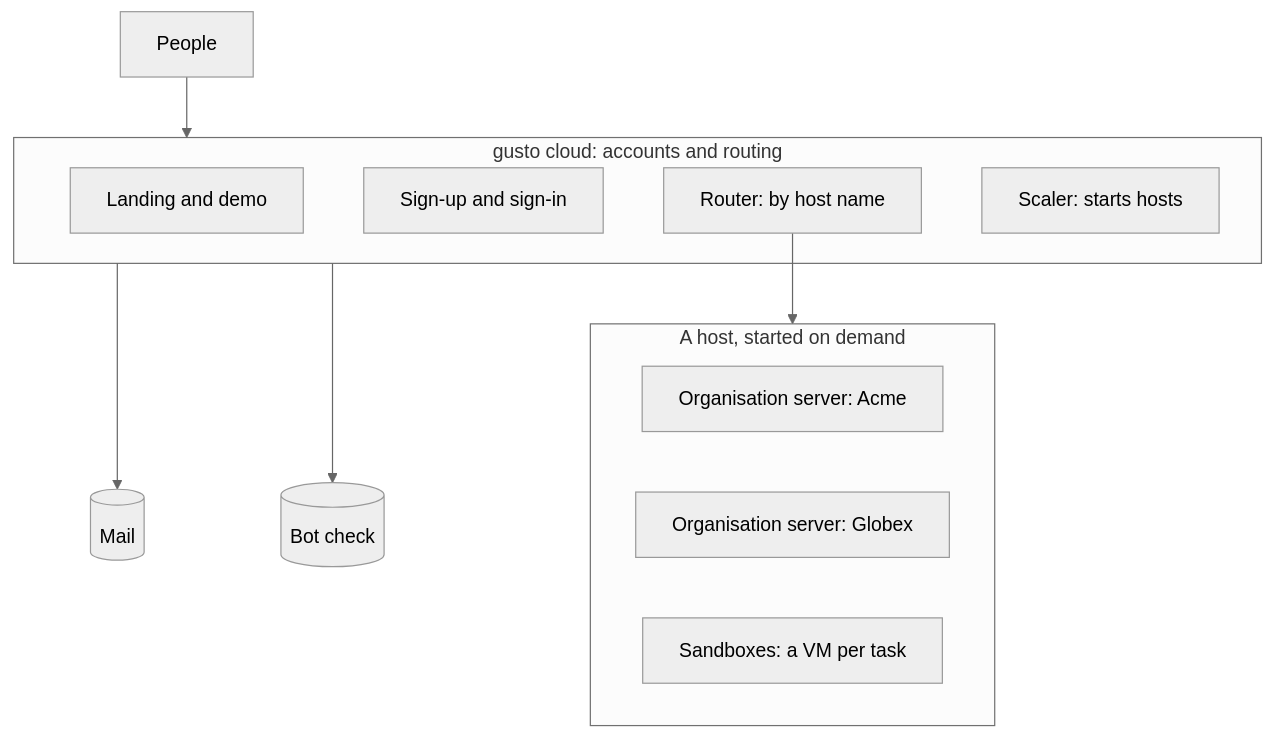
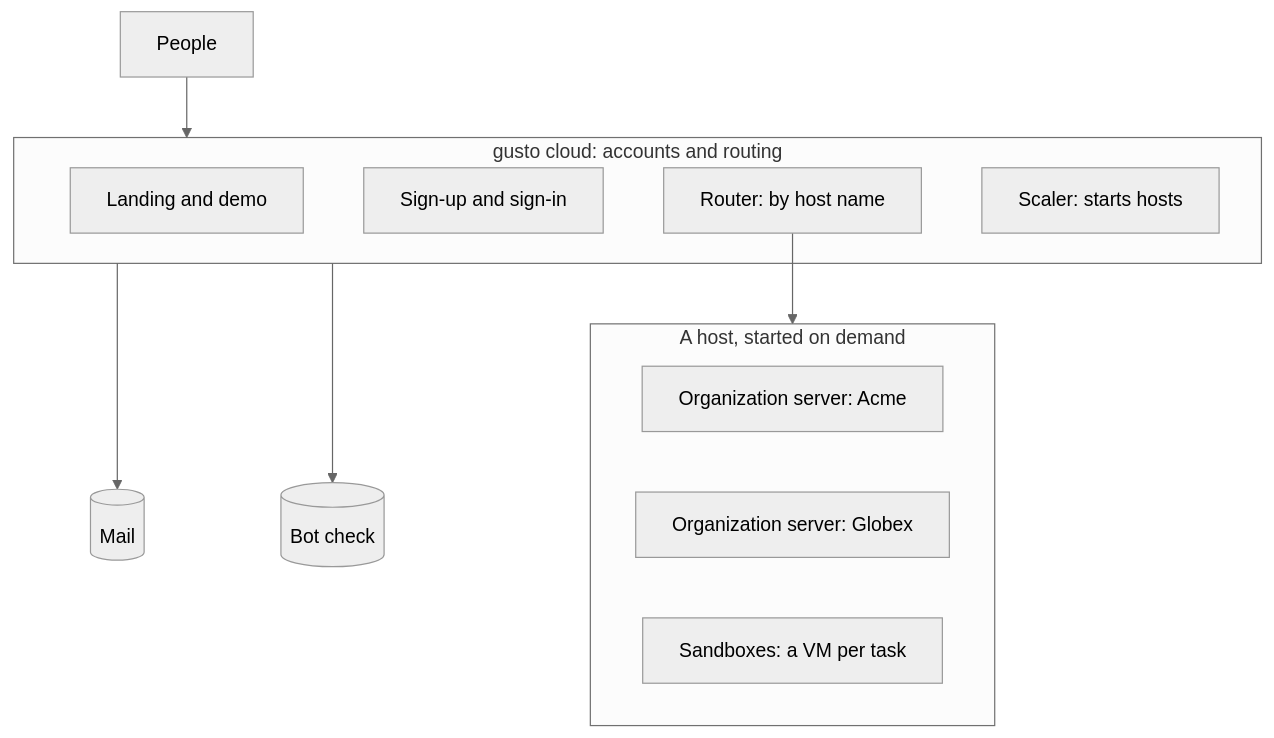
One commit to getlatentic/gusto changed the fourth of 5 diagrams in docs/ARCHITECTURE.md. Above: the diagram before and after it, drawn with Mermaid (neutral theme). The commit also changed other lines of this file and 308 other files, not shown here.

````diff
--- a/docs/ARCHITECTURE.md
+++ b/docs/ARCHITECTURE.md
@@ -106,18 +106,18 @@
 ```mermaid
 flowchart TB
   P[People] --> F
   subgraph F["gusto cloud: accounts and routing"]
     LD[Landing and demo]
     AC[Sign-up and sign-in]
     RT[Router: by host name]
     SC[Scaler: starts hosts]
   end
   F --> MAIL[(Mail)]
   F --> BOT[(Bot check)]
   RT --> H
   subgraph H["A host, started on demand"]
-    O1[Organisation server: Acme]
-    O2[Organisation server: Globex]
+    O1[Organization server: Acme]
+    O2[Organization server: Globex]
     SB[Sandboxes: a VM per task]
   end
 ```
````
